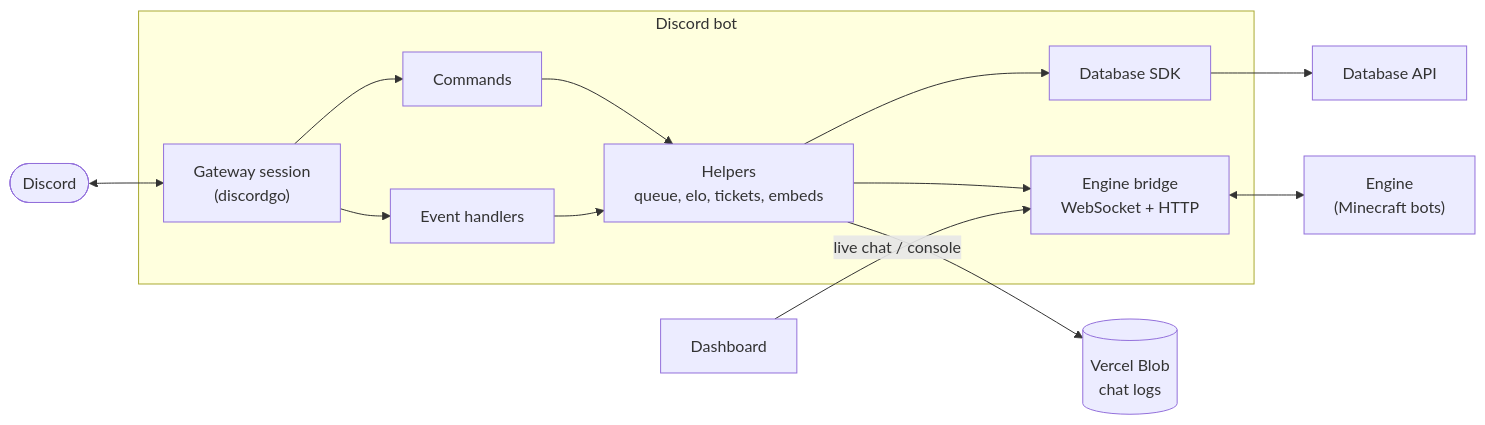
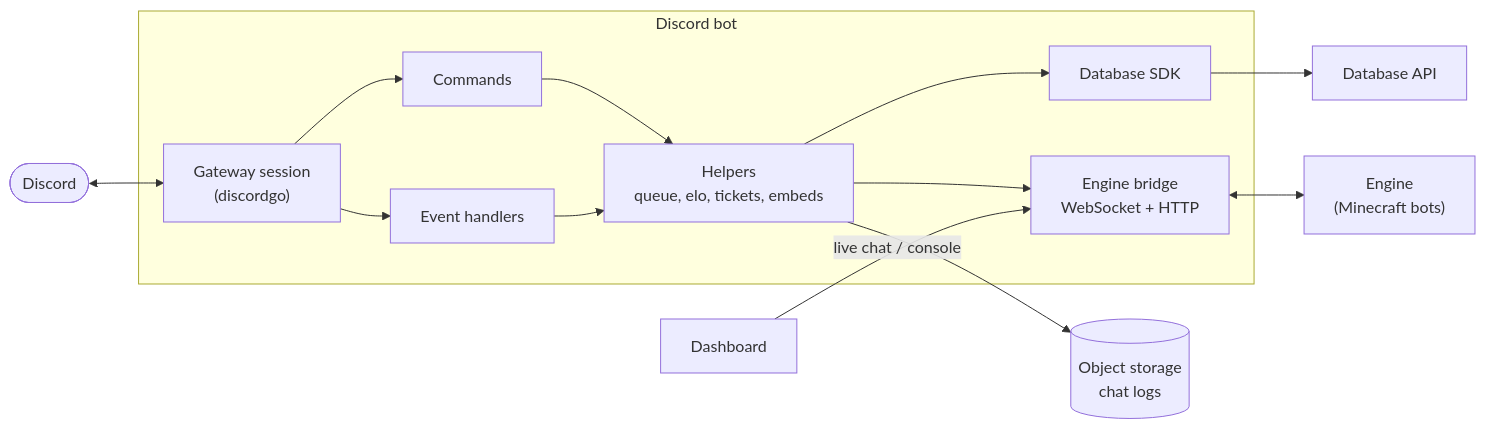
Before and after one commit to RubyDevelopment/Ranked-Bedwars-Discord: the first of 2 diagrams in README.md, drawn with Mermaid. The commit also changed other lines of this file and 7 other files, not shown here.

````diff
--- a/README.md
+++ b/README.md
@@ -7,26 +7,26 @@
 ```mermaid
 flowchart LR
     DISCORD(["Discord"])
     subgraph BOT["Discord bot"]
         GW["Gateway session<br/>(discordgo)"]
         CMD["Commands"]
         EVT["Event handlers"]
         HLP["Helpers<br/>queue, elo, tickets, embeds"]
         BR["Engine bridge<br/>WebSocket + HTTP"]
         SDKC["Database SDK"]
     end
     API["Database API"]
     ENGINE["Engine<br/>(Minecraft bots)"]
     DASH["Dashboard"]
-    BLOB[("Vercel Blob<br/>chat logs")]
+    STORE[("Object storage<br/>chat logs")]
 
     DISCORD <--> GW
     GW --> CMD
     GW --> EVT
     CMD --> HLP
     EVT --> HLP
     HLP --> SDKC --> API
     HLP --> BR <--> ENGINE
     DASH -- "live chat / console" --> BR
-    HLP --> BLOB
+    HLP --> STORE
 ```
````
